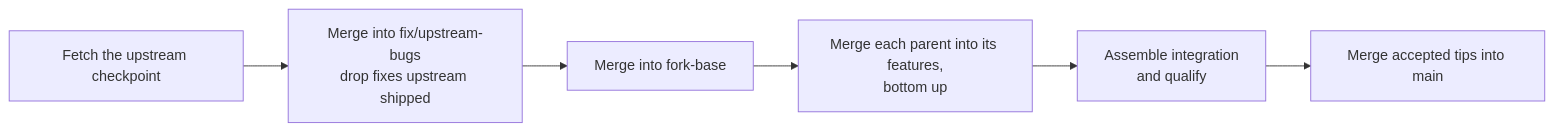
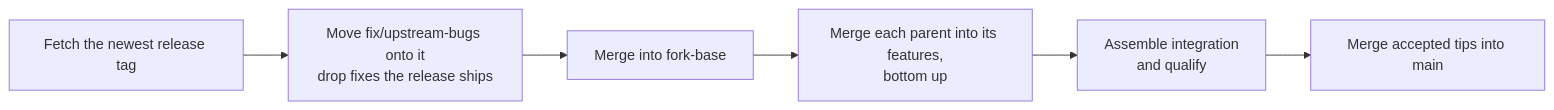
One commit to RyanEwen/paseo-plus-plus changed the second of 3 diagrams in docs/worktree-development.md. Above: the diagram before and after it, drawn with Mermaid. The commit also changed other lines of this file and 1 other file, not shown here.

Commit message:
Document syncing the fork from the newest upstream release tag

````diff
--- a/docs/worktree-development.md
+++ b/docs/worktree-development.md
@@ -90,8 +92,8 @@
 ```mermaid
 flowchart LR
-  Fetch["Fetch the upstream checkpoint"] --> Fixes["Merge into fix/upstream-bugs<br/>drop fixes upstream shipped"]
+  Fetch["Fetch the newest release tag"] --> Fixes["Move fix/upstream-bugs onto it<br/>drop fixes the release ships"]
   Fixes --> Base["Merge into fork-base"]
   Base --> Features["Merge each parent into its features,<br/>bottom up"]
   Features --> Integration["Assemble integration<br/>and qualify"]
   Integration --> Main["Merge accepted tips into main"]
 ```
````
